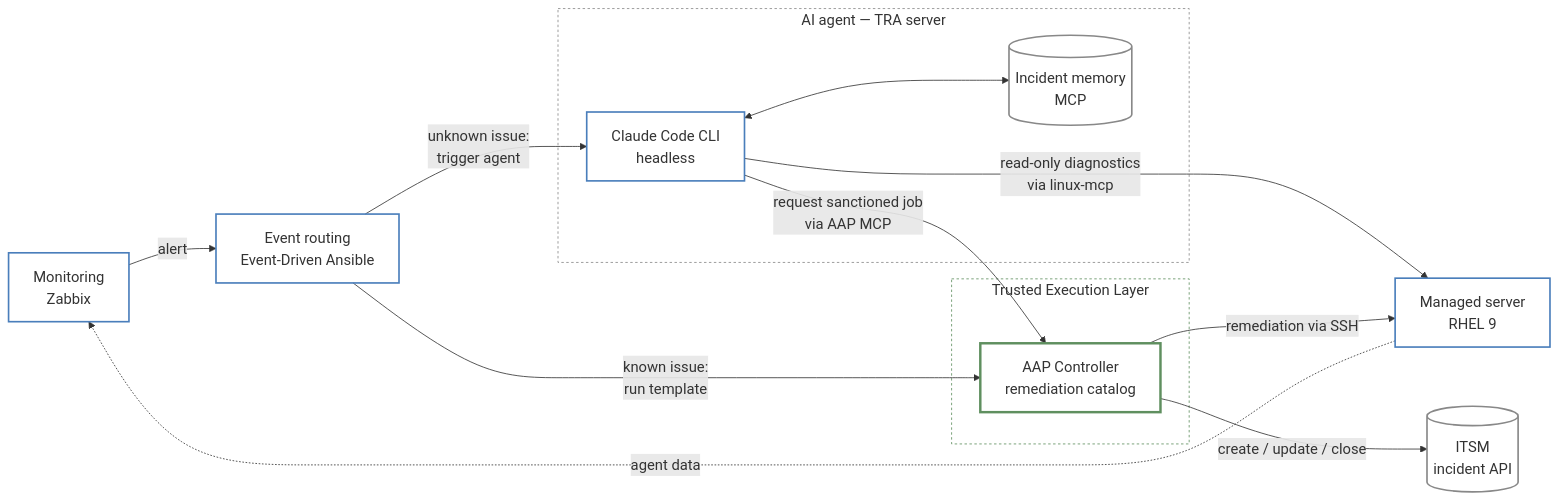
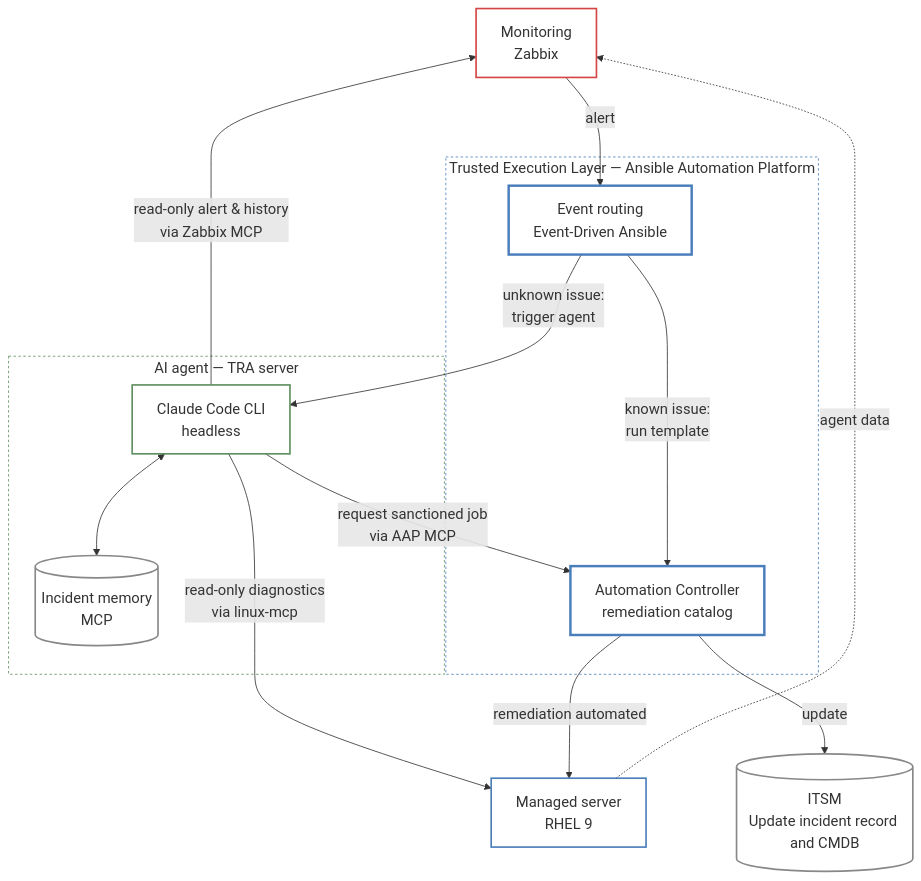
One commit to kvegh/aiops-selfhealing-demo changed the second of 2 diagrams in project-description.md. Above: the diagram before and after it, drawn with Mermaid.

Commit message:
tech diagram update

````diff
--- a/project-description.md
+++ b/project-description.md
@@ -73,32 +73,39 @@
 ```mermaid
 %%{init: {'themeVariables': {'fontSize': '18px'}, 'flowchart': {'nodeSpacing': 45, 'rankSpacing': 70}}}%%
-flowchart LR
-    ZBX[Monitoring<br>Zabbix] -->|alert| EDA[Event routing<br>Event-Driven Ansible]
-    EDA -->|known issue:<br>run template| AAP
+flowchart TD
+    ZBX[Monitoring<br>Zabbix] -->|alert| EDA
+
+    subgraph TEL[Trusted Execution Layer — Ansible Automation Platform]
+        EDA[Event routing<br>Event-Driven Ansible]
+        AAP[Automation Controller<br>remediation catalog]
+        EDA -->|known issue:<br>run template| AAP
+    end
+
     EDA -->|unknown issue:<br>trigger agent| CC
 
     subgraph TRA[AI agent — TRA server]
         CC[Claude Code CLI<br>headless]
         MEM[(Incident memory<br>MCP)]
         CC <--> MEM
     end
 
+    CC -->|read-only alert & history<br>via Zabbix MCP| ZBX
     CC -->|read-only diagnostics<br>via linux-mcp| TGT[Managed server<br>RHEL 9]
     CC -->|request sanctioned job<br>via AAP MCP| AAP
 
-    subgraph TEL[Trusted Execution Layer]
-        AAP[AAP Controller<br>remediation catalog]
-    end
-
-    AAP -->|remediation via SSH| TGT
-    AAP -->|create / update / close| ITSM[(ITSM<br>incident API)]
+    AAP -->|remediation automated| TGT
+    AAP -->|update| ITSM[(ITSM<br>Update incident record and CMDB)]
     TGT -.->|agent data| ZBX
 
     classDef default fill:none,stroke:#4a7ebb,stroke-width:2px;
-    classDef tel fill:none,stroke:#5f8f5f,stroke-width:3px;
+    classDef zbx fill:none,stroke:#d64545,stroke-width:2px;
+    classDef agent fill:none,stroke:#5f8f5f,stroke-width:2px;
+    classDef tel fill:none,stroke:#4a7ebb,stroke-width:3px;
     classDef store fill:none,stroke:#888888,stroke-width:2px;
-    class AAP tel;
+    class ZBX zbx;
+    class CC agent;
+    class AAP,EDA tel;
     class MEM,ITSM store;
-    style TRA fill:none,stroke:#888888,stroke-width:1px,stroke-dasharray:3 3;
-    style TEL fill:none,stroke:#5f8f5f,stroke-width:1px,stroke-dasharray:3 3;
+    style TRA fill:none,stroke:#5f8f5f,stroke-width:1px,stroke-dasharray:3 3;
+    style TEL fill:none,stroke:#4a7ebb,stroke-width:1px,stroke-dasharray:3 3;
 ```
````
